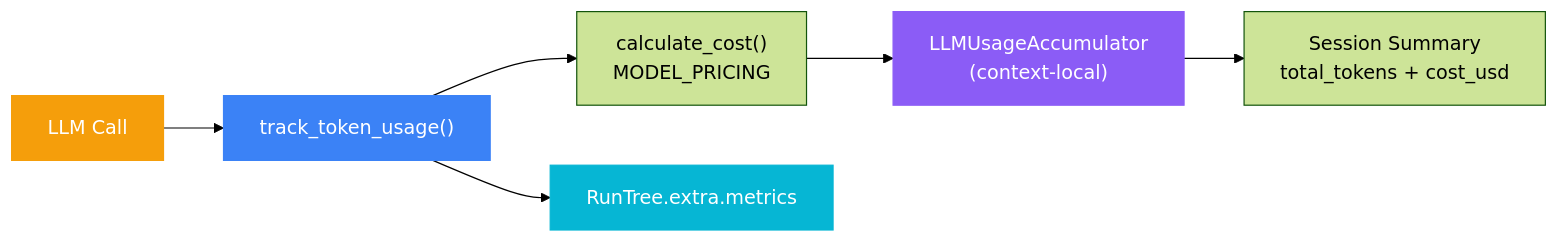
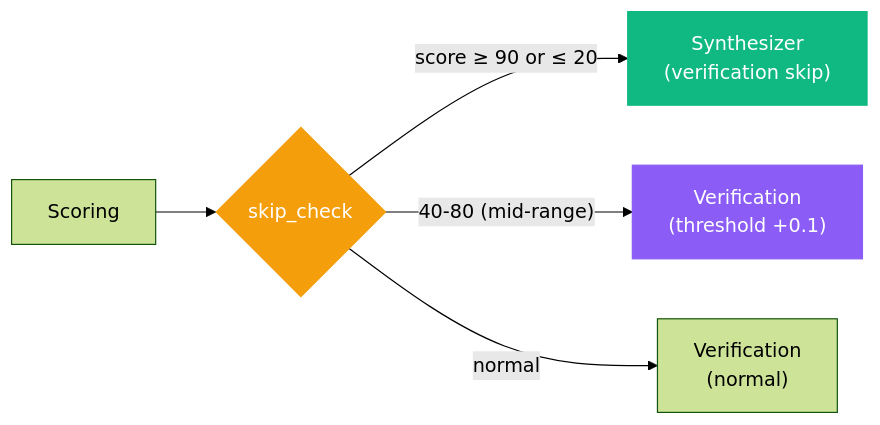
One commit to mangowhoiscloud/geode changed the fifth of 11 diagrams in README.md. Above: the diagram before and after it, drawn with Mermaid (forest theme). The commit also changed other lines of this file, not shown here.

````diff
--- a/README.md
+++ b/README.md
@@ -484,14 +235,11 @@
 ```mermaid
 graph LR
-    LLM["LLM Call"] --> Track["track_token_usage()"]
-    Track --> Cost["calculate_cost()<br/>MODEL_PRICING"]
-    Track --> RT["RunTree.extra.metrics"]
-    Cost --> Acc["LLMUsageAccumulator<br/>(context-local)"]
+    Scoring["Scoring"] --> Skip{"skip_check"}
+    Skip -->|"score ≥ 90 or ≤ 20"| Synth["Synthesizer<br/>(verification skip)"]
+    Skip -->|"40-80 (mid-range)"| V["Verification<br/>(threshold +0.1)"]
+    Skip -->|"normal"| V2["Verification<br/>(normal)"]
 
-    Acc --> Summary["Session Summary<br/>total_tokens + cost_usd"]
-
-    style LLM fill:#f59e0b,stroke:#f59e0b,color:#fff
-    style Track fill:#3b82f6,stroke:#3b82f6,color:#fff
-    style Acc fill:#8b5cf6,stroke:#8b5cf6,color:#fff
-    style RT fill:#06b6d4,stroke:#06b6d4,color:#fff
+    style Skip fill:#f59e0b,stroke:#f59e0b,color:#fff
+    style Synth fill:#10b981,stroke:#10b981,color:#fff
+    style V fill:#8b5cf6,stroke:#8b5cf6,color:#fff
 ```
````
